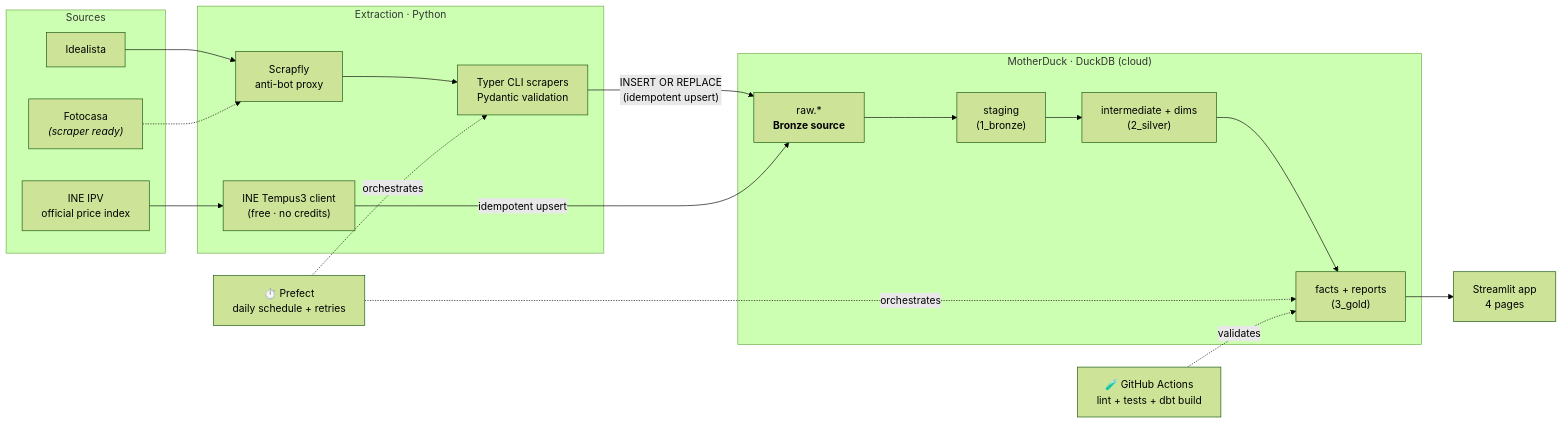
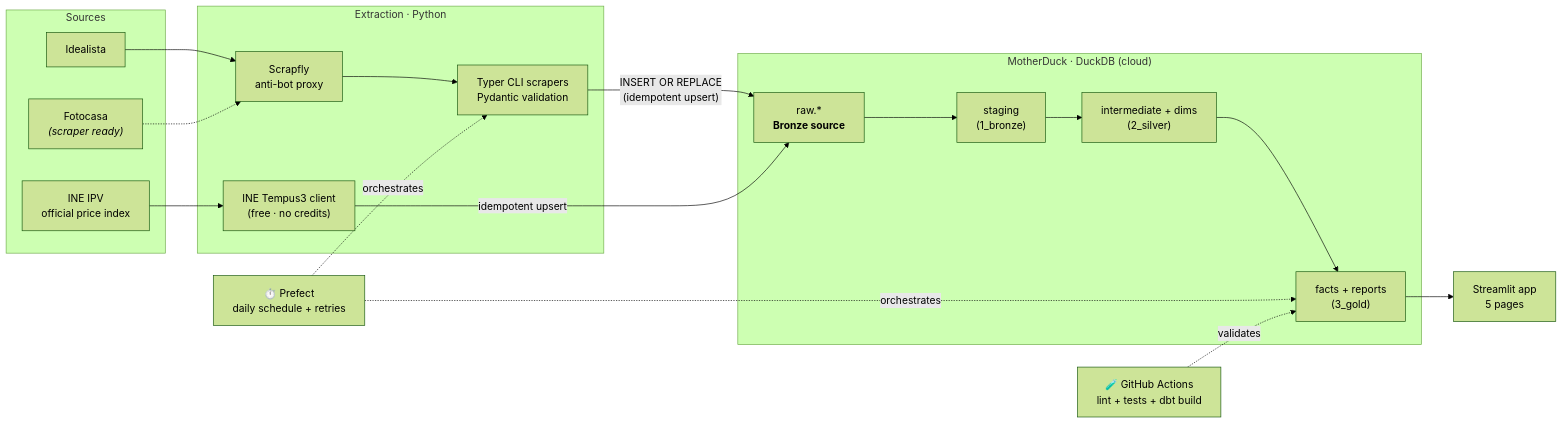
Before and after one commit to carlosdmv7/spanish-housing-radar: the diagram in README.md, drawn with Mermaid (forest theme). The commit also changed other lines of this file and 1 other file, not shown here.

````diff
--- a/README.md
+++ b/README.md
@@ -57,36 +61,36 @@
 ```mermaid
 flowchart LR
     subgraph SRC["Sources"]
         I["Idealista"]
         F["Fotocasa<br/><i>(scraper ready)</i>"]
         N["INE IPV<br/>official price index"]
     end
 
     subgraph EXTRACT["Extraction · Python"]
         SC["Scrapfly<br/>anti-bot proxy"]
         PY["Typer CLI scrapers<br/>Pydantic validation"]
         NE["INE Tempus3 client<br/>(free · no credits)"]
     end
 
     subgraph WH["MotherDuck · DuckDB (cloud)"]
         RAW["raw.*<br/><b>Bronze source</b>"]
         BRONZE["staging<br/>(1_bronze)"]
         SILVER["intermediate + dims<br/>(2_silver)"]
         GOLD["facts + reports<br/>(3_gold)"]
     end
 
-    APP["Streamlit app<br/>4 pages"]
+    APP["Streamlit app<br/>5 pages"]
 
     I --> SC --> PY
     F -.-> SC
     N --> NE
     PY -->|"INSERT OR REPLACE<br/>(idempotent upsert)"| RAW
     NE -->|"idempotent upsert"| RAW
     RAW --> BRONZE --> SILVER --> GOLD --> APP
 
     ORCH["⏱️ Prefect<br/>daily schedule + retries"]
     CI["🧪 GitHub Actions<br/>lint + tests + dbt build"]
     ORCH -.orchestrates.-> PY
     ORCH -.orchestrates.-> GOLD
     CI -.validates.-> GOLD
 ```
````
